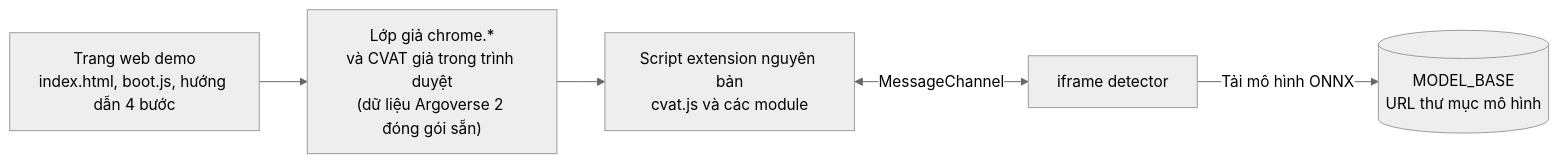
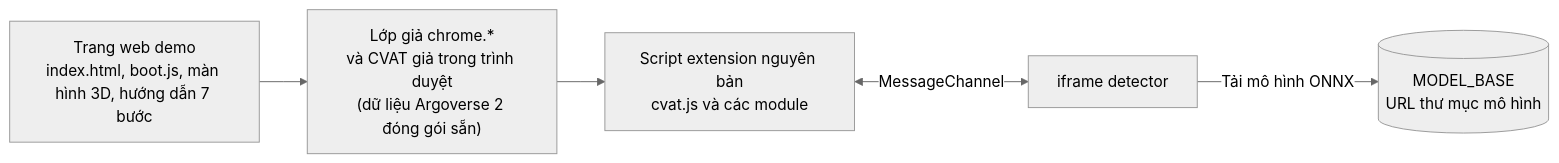
One commit to Gnoltd/boxlift changed the sixth of 6 diagrams in docs/architecture.md. Above: the diagram before and after it, drawn with Mermaid (neutral theme). The commit also changed 1 other file, not shown here.

Commit message:
docs(web): điền link demo và mô tả màn hình 3D, hướng dẫn 7 bước

````diff
--- a/docs/architecture.md
+++ b/docs/architecture.md
@@ -88,8 +88,8 @@
 ```mermaid
 %%{init: {"flowchart": {"curve": "linear"}}}%%
 flowchart LR
-    PAGE["Trang web demo<br/>index.html, boot.js, hướng dẫn 4 bước"] --> SHIM["Lớp giả chrome.*<br/>và CVAT giả trong trình duyệt<br/>(dữ liệu Argoverse 2 đóng gói sẵn)"]
+    PAGE["Trang web demo<br/>index.html, boot.js, màn hình 3D, hướng dẫn 7 bước"] --> SHIM["Lớp giả chrome.*<br/>và CVAT giả trong trình duyệt<br/>(dữ liệu Argoverse 2 đóng gói sẵn)"]
     SHIM --> EXTJS["Script extension nguyên bản<br/>cvat.js và các module"]
     EXTJS <-->|"MessageChannel"| DET["iframe detector"]
     DET -->|"Tải mô hình ONNX"| MB[("MODEL_BASE<br/>URL thư mục mô hình")]
 ```
````
